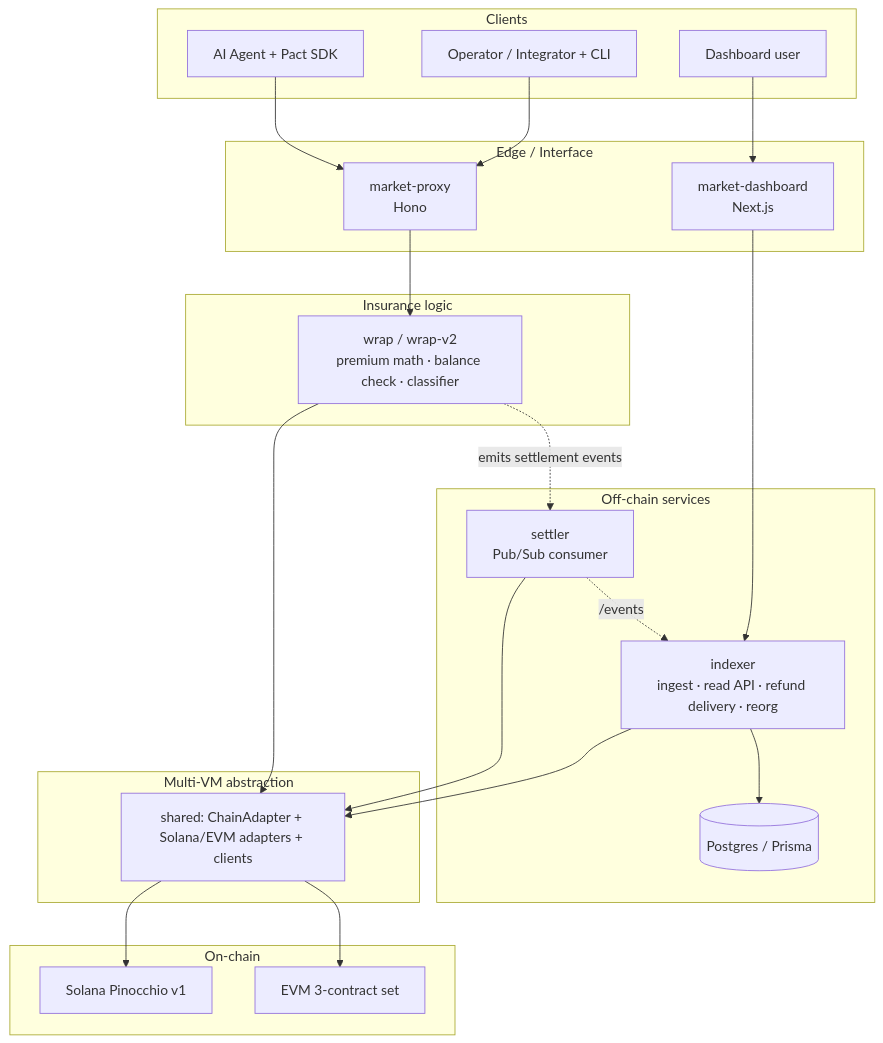
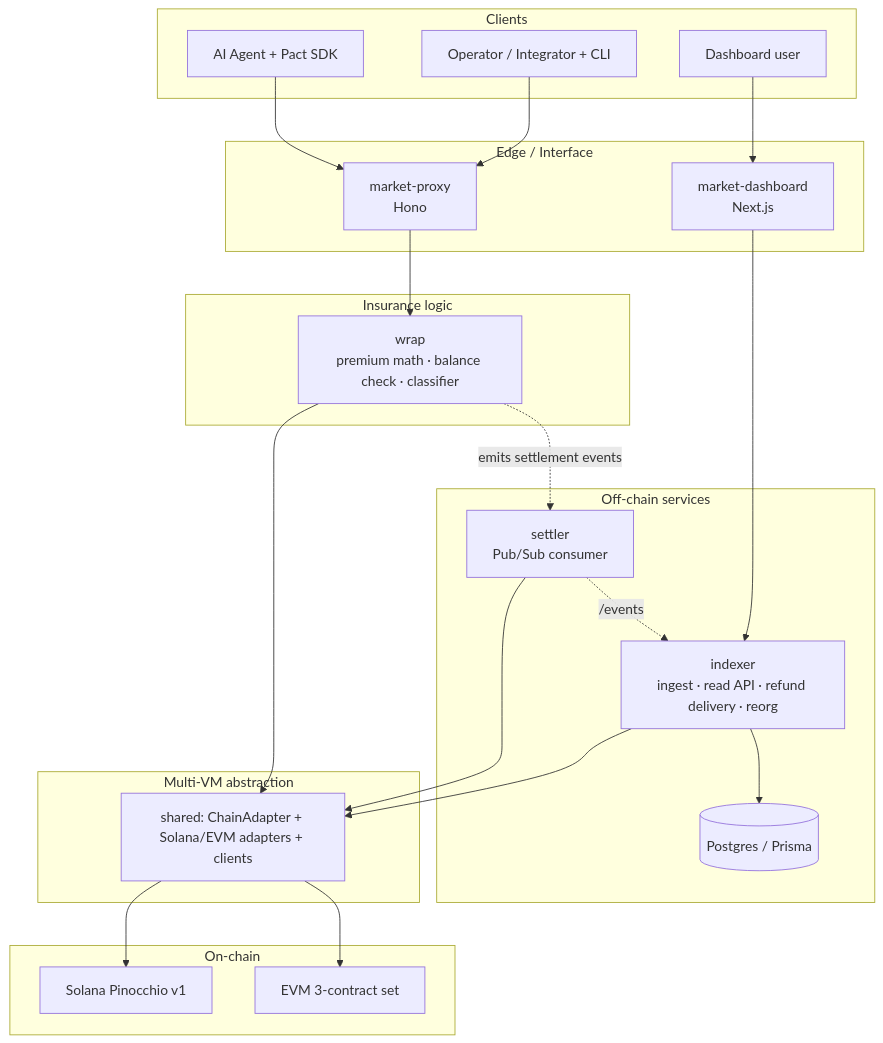
One commit to pactnetwork/pact-monitor changed the fourth of 7 diagrams in docs/architecture/ARCHITECTURE.en.md. Above: the diagram before and after it, drawn with Mermaid. The commit also changed other lines of this file and 6 other files, not shown here.

First line of the commit message:
docs(architecture): sync package breakdown + V2-removal, add per-package breakdown

````diff
--- a/docs/architecture/ARCHITECTURE.en.md
+++ b/docs/architecture/ARCHITECTURE.en.md
@@ -188,36 +177,36 @@
 ```mermaid
 graph TD
     subgraph L5["Clients"]
         A[AI Agent + Pact SDK]
         OP[Operator / Integrator + CLI]
         DASH[Dashboard user]
     end
     subgraph L4["Edge / Interface"]
         PROXY[market-proxy<br/>Hono]
         DASHBE[market-dashboard<br/>Next.js]
     end
     subgraph L3["Insurance logic"]
-        WRAP2[wrap / wrap-v2<br/>premium math · balance check · classifier]
+        WRAP2[wrap<br/>premium math · balance check · classifier]
     end
     subgraph L2["Off-chain services"]
         SETTLER[settler<br/>Pub/Sub consumer]
         INDEXER[indexer<br/>ingest · read API · refund delivery · reorg]
         PG[(Postgres / Prisma)]
     end
     subgraph L1["Multi-VM abstraction"]
         ADAPT[shared: ChainAdapter + Solana/EVM adapters + clients]
     end
     subgraph L0["On-chain"]
         SOLANA[Solana Pinocchio v1]
         EVMC[EVM 3-contract set]
     end
     A --> PROXY --> WRAP2 --> ADAPT
     OP --> PROXY
     DASH --> DASHBE --> INDEXER
     WRAP2 -. emits settlement events .-> SETTLER
     SETTLER --> ADAPT
     INDEXER --> ADAPT
     ADAPT --> SOLANA & EVMC
     INDEXER --> PG
     SETTLER -. /events .-> INDEXER
 ```
````
